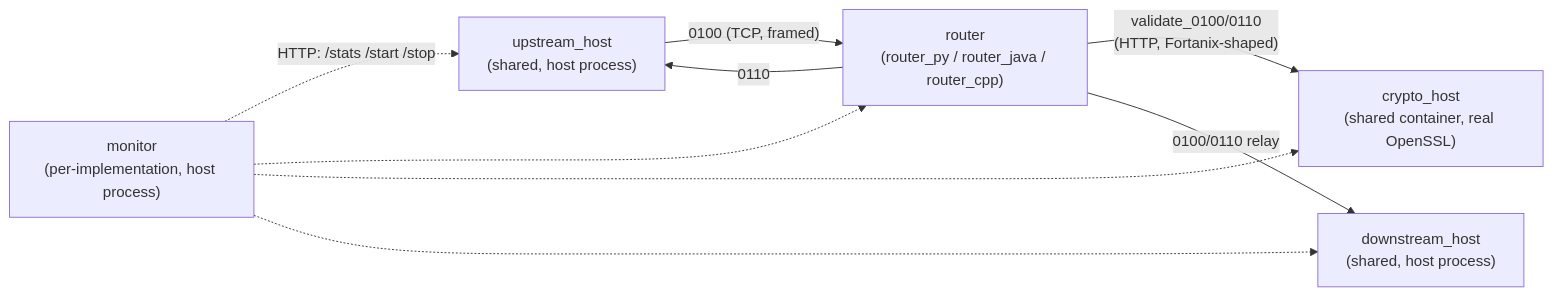
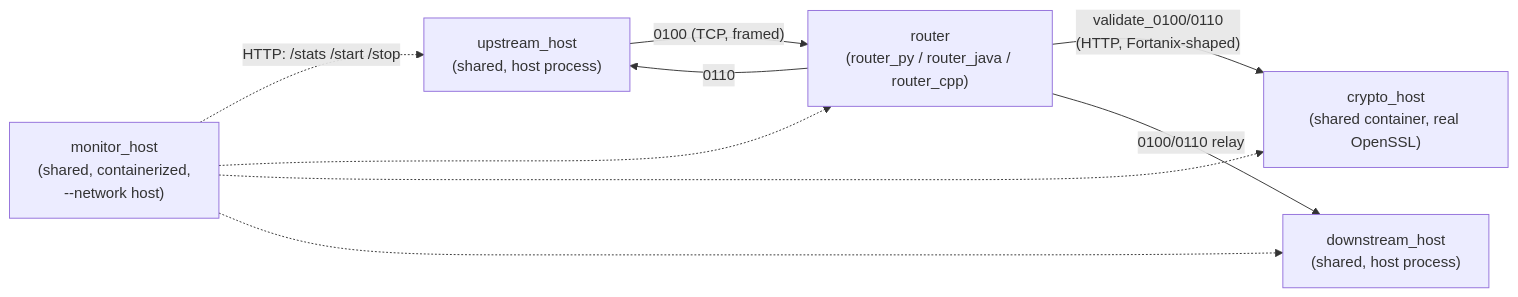
One commit to pernielsen1/containers changed the diagram in claude_exp/routers/divide_and_conquer_v2.md. Above: the diagram before and after it, drawn with Mermaid. The commit also changed other lines of this file and 32 other files, not shown here.

````diff
--- a/claude_exp/routers/divide_and_conquer_v2.md
+++ b/claude_exp/routers/divide_and_conquer_v2.md
@@ -248,11 +267,11 @@
 ```mermaid
 flowchart LR
     U["upstream_host<br/>(shared, host process)"] -->|"0100 (TCP, framed)"| R["router<br/>(router_py / router_java / router_cpp)"]
     R -->|"0110"| U
     R -->|"validate_0100/0110<br/>(HTTP, Fortanix-shaped)"| C["crypto_host<br/>(shared container, real OpenSSL)"]
     R -->|"0100/0110 relay"| D["downstream_host<br/>(shared, host process)"]
-    M["monitor<br/>(per-implementation, host process)"] -.->|"HTTP: /stats /start /stop"| U
+    M["monitor_host<br/>(shared, containerized,<br/>--network host)"] -.->|"HTTP: /stats /start /stop"| U
     M -.-> R
     M -.-> C
     M -.-> D
 ```
````
